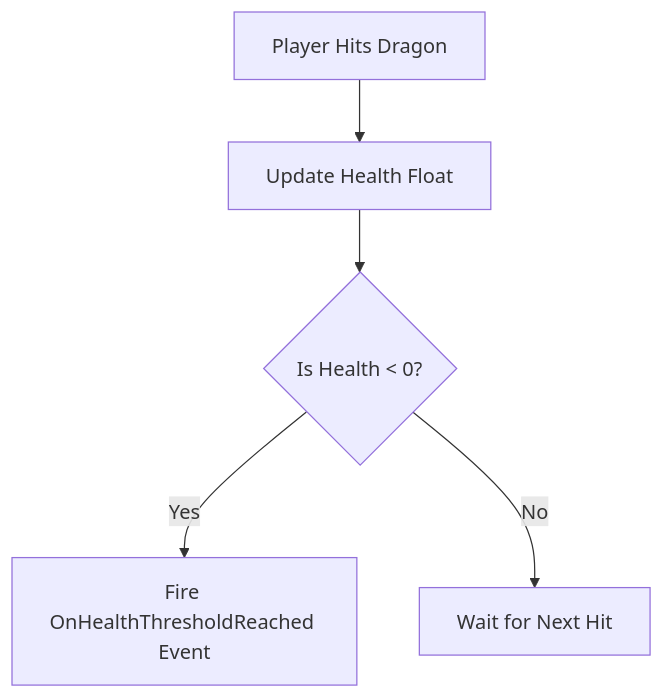
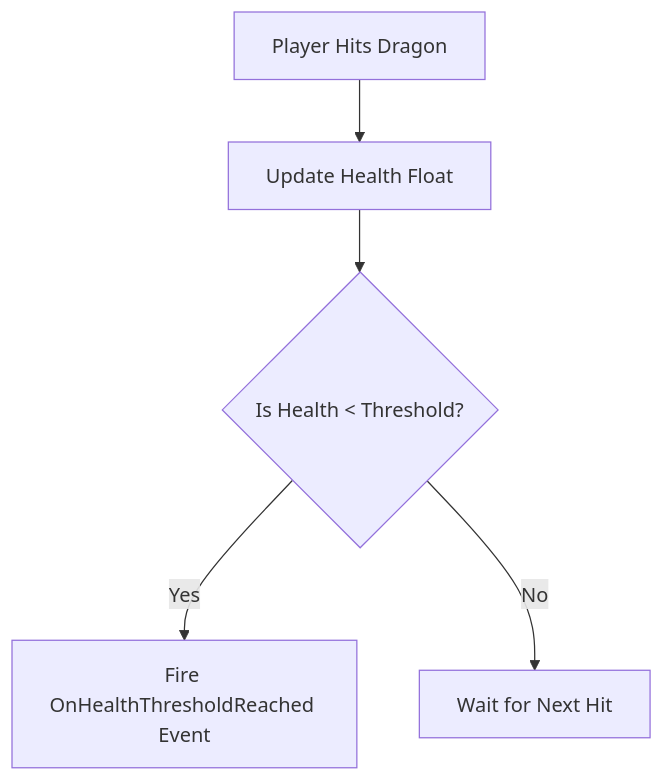
The second of 4 diagrams in Dragon_Code_Overview.md (NatalieC001/ObiRopeTest), drawn with Mermaid before and after one commit. The commit also changed other lines of this file, not shown here.

````diff
--- a/Dragon_Code_Overview.md
+++ b/Dragon_Code_Overview.md
@@ -53,7 +53,7 @@
 ```mermaid
 graph TD
     Damage[Player Hits Dragon] --> Update[Update Health Float]
-    Update --> Check{Is Health < 0?}
+    Update --> Check{Is Health < Threshold?}
     Check -- Yes --> FireEvent[Fire OnHealthThresholdReached Event]
     Check -- No --> Wait[Wait for Next Hit]
 ```
````
